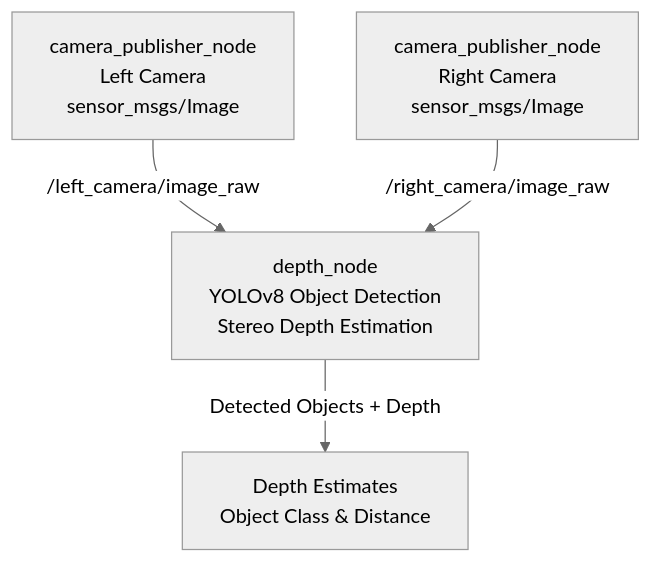
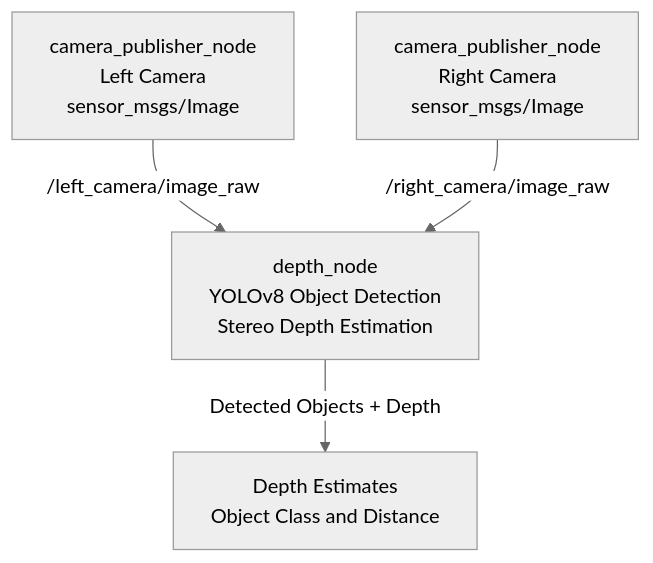
Before and after one commit to Radu45/Real-time-traffic-sign-detection-and-distance-estimation-: the diagram in README.md, drawn with Mermaid (neutral theme).

````diff
--- a/README.md
+++ b/README.md
@@ -22,7 +22,7 @@
 ```mermaid
 graph TD
     LeftCam[camera_publisher_node<br/>Left Camera<br/>sensor_msgs/Image] -->|/left_camera/image_raw| DepthNode[depth_node<br/>YOLOv8 Object Detection<br/>Stereo Depth Estimation]
     RightCam[camera_publisher_node<br/>Right Camera<br/>sensor_msgs/Image] -->|/right_camera/image_raw| DepthNode
 
-    DepthNode -->|Detected Objects + Depth| Output[Depth Estimates<br/>Object Class & Distance]
+    DepthNode -->|Detected Objects + Depth| Output[Depth Estimates<br/>Object Class and Distance]
 ```
````
